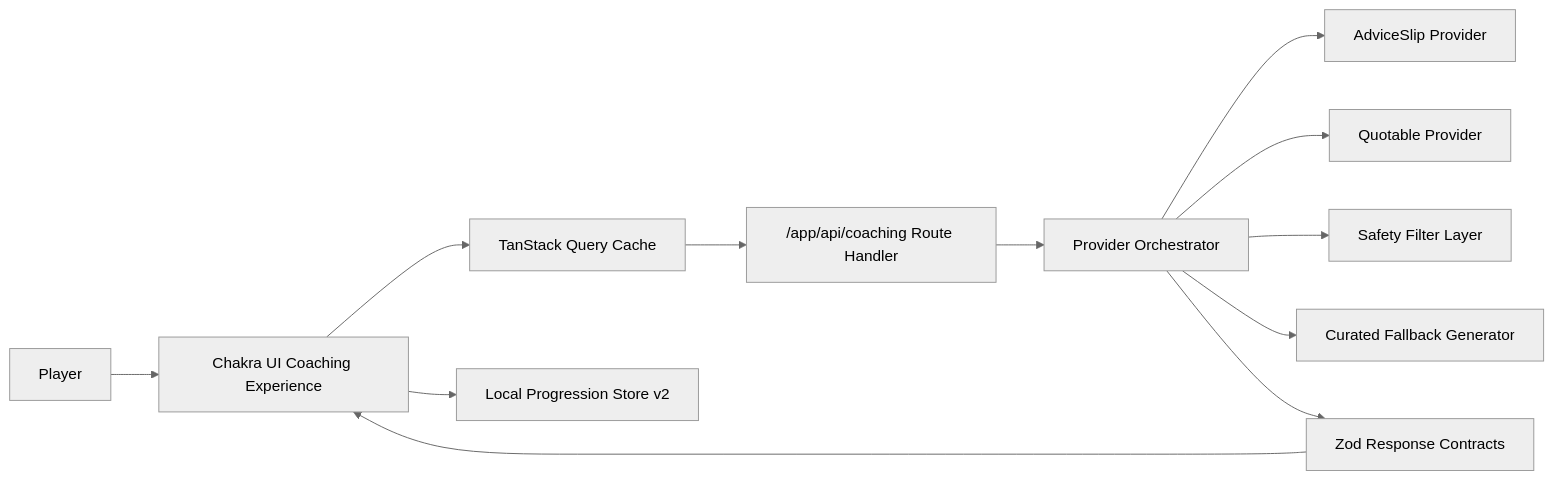
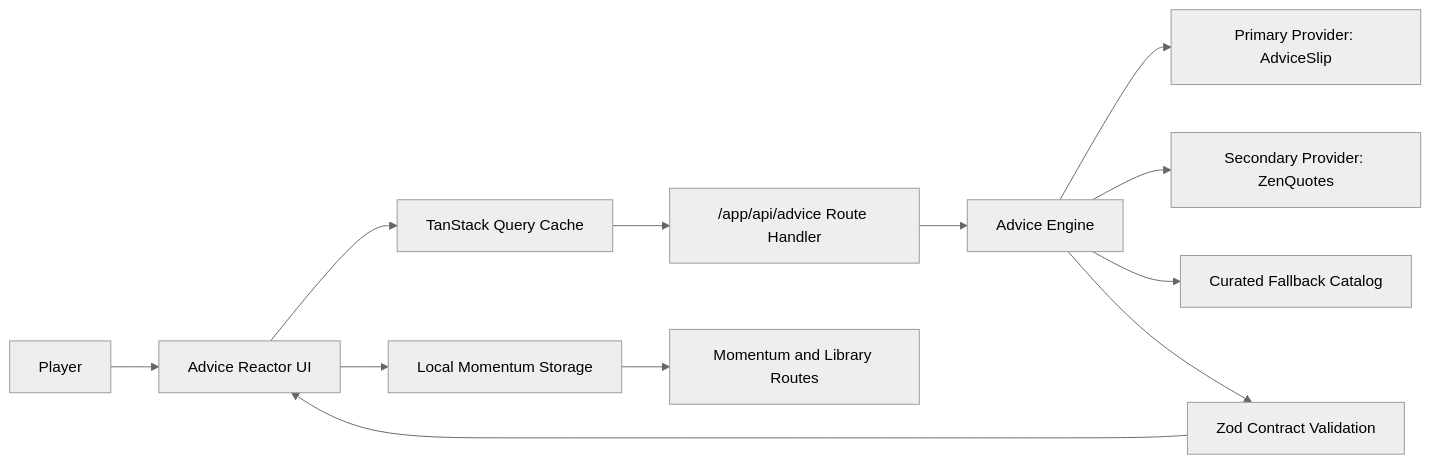
The diagram in README.md (AibSyed/advicely), drawn with Mermaid (neutral theme) before and after one commit. The commit also changed other lines of this file and 57 other files, not shown here.

First line of the commit message:
feat: advicely v4 zero-legacy advice reactor relaunch (#13)

````diff
--- a/README.md
+++ b/README.md
@@ -18,14 +11,14 @@
 ```mermaid
 flowchart LR
-  U["Player"] --> UI["Chakra UI Coaching Experience"]
+  U["Player"] --> UI["Advice Reactor UI"]
   UI --> Q["TanStack Query Cache"]
-  Q --> RH["/app/api/coaching Route Handler"]
-  RH --> ORCH["Provider Orchestrator"]
-  ORCH --> AS["AdviceSlip Provider"]
-  ORCH --> QT["Quotable Provider"]
-  ORCH --> SF["Safety Filter Layer"]
-  ORCH --> FB["Curated Fallback Generator"]
-  ORCH --> Z["Zod Response Contracts"]
-  Z --> UI
-  UI --> LS["Local Progression Store v2"]
+  Q --> RH["/app/api/advice Route Handler"]
+  RH --> EN["Advice Engine"]
+  EN --> P1["Primary Provider: AdviceSlip"]
+  EN --> P2["Secondary Provider: ZenQuotes"]
+  EN --> FB["Curated Fallback Catalog"]
+  EN --> VD["Zod Contract Validation"]
+  VD --> UI
+  UI --> LS["Local Momentum Storage"]
+  LS --> MW["Momentum and Library Routes"]
 ```
````
